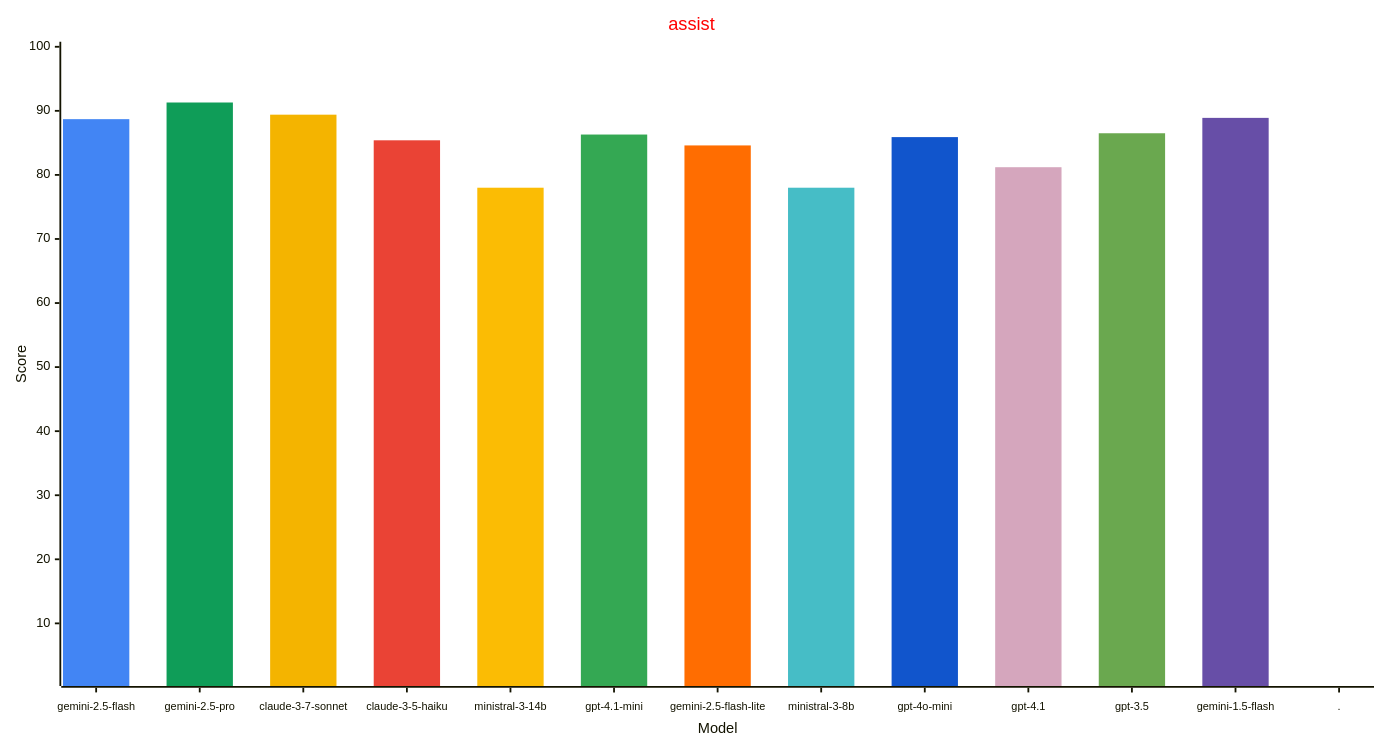
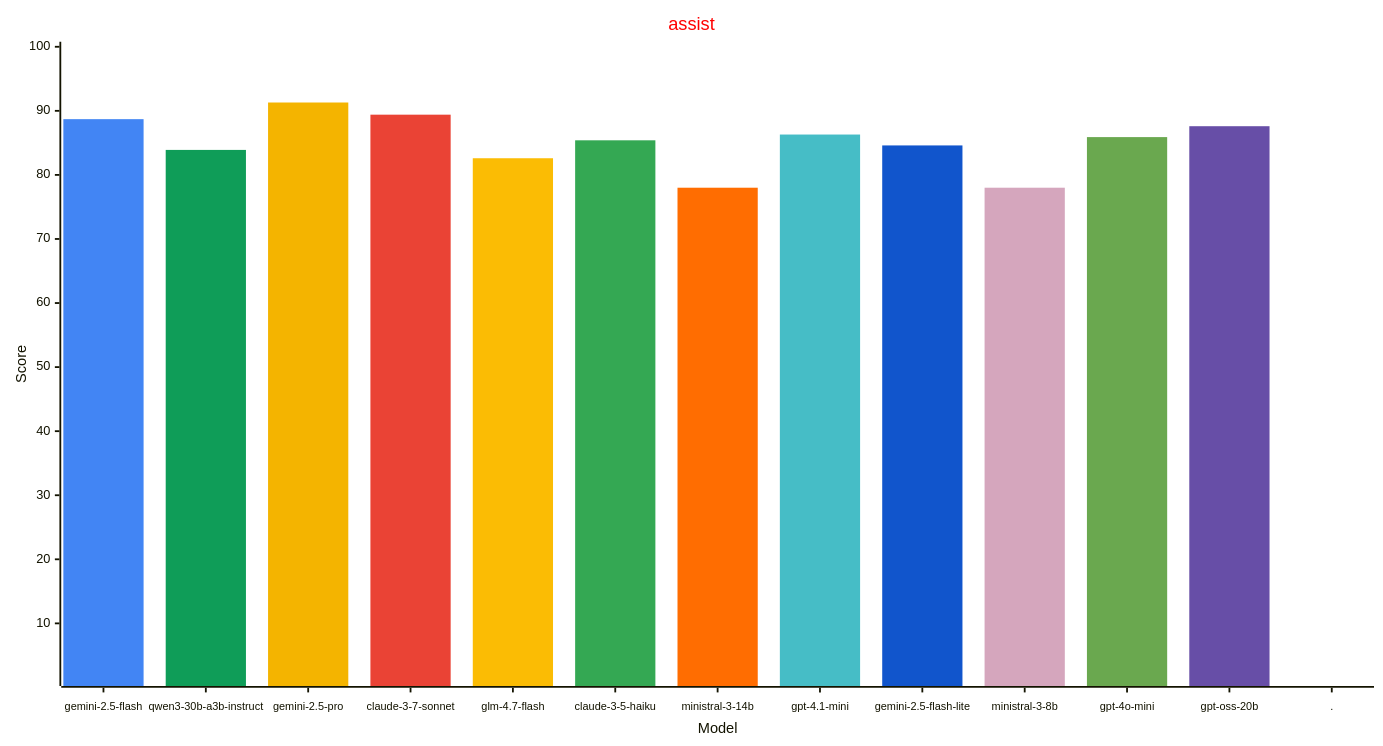
One commit to allenporter/home-assistant-datasets changed the first of 4 diagrams in reports/README.md. Above: the diagram before and after it, drawn with Mermaid. The commit also changed other lines of this file and 8450 other files, not shown here.

````diff
--- a/reports/README.md
+++ b/reports/README.md
@@ -64,34 +54,33 @@
 ```mermaid
 ---
 config:
     xyChart:
         width: 1500
         height: 800
         xAxis:
           labelFontSize: 12
           labelPadding: 8
     themeVariables:
         xyChart:
             titleColor: "#ff0000"
             plotColorPalette: "#4285f4, #0f9d58, #f4b400, #ea4335, #fbbc04, #34a853, #ff6d01, #46bdc6, #1155cc, #d5a6bd, #6aa84f, #674ea7, #4285f4"
 
-
 ---
 xychart-beta
   title "assist"
-  x-axis "Model" [gemini-2.5-flash, gemini-2.5-pro, claude-3-7-sonnet, claude-3-5-haiku, ministral-3-14b, gpt-4.1-mini, gemini-2.5-flash-lite, ministral-3-8b, gpt-4o-mini, gpt-4.1, gpt-3.5, gemini-1.5-flash, .]
+  x-axis "Model" [gemini-2.5-flash, qwen3-30b-a3b-instruct, gemini-2.5-pro, claude-3-7-sonnet, glm-4.7-flash, claude-3-5-haiku, ministral-3-14b, gpt-4.1-mini, gemini-2.5-flash-lite, ministral-3-8b, gpt-4o-mini, gpt-oss-20b, .]
   y-axis "Score" 1 --> 100
   bar [88.7, 0.0, 0.0, 0.0, 0.0, 0.0, 0.0, 0.0, 0.0, 0.0, 0.0, 0.0, 0.0]
-  bar [0.0, 91.3, 0.0, 0.0, 0.0, 0.0, 0.0, 0.0, 0.0, 0.0, 0.0, 0.0, 0.0]
-  bar [0.0, 0.0, 89.4, 0.0, 0.0, 0.0, 0.0, 0.0, 0.0, 0.0, 0.0, 0.0, 0.0]
-  bar [0.0, 0.0, 0.0, 85.4, 0.0, 0.0, 0.0, 0.0, 0.0, 0.0, 0.0, 0.0, 0.0]
-  bar [0.0, 0.0, 0.0, 0.0, 78.0, 0.0, 0.0, 0.0, 0.0, 0.0, 0.0, 0.0, 0.0]
-  bar [0.0, 0.0, 0.0, 0.0, 0.0, 86.3, 0.0, 0.0, 0.0, 0.0, 0.0, 0.0, 0.0]
-  bar [0.0, 0.0, 0.0, 0.0, 0.0, 0.0, 84.6, 0.0, 0.0, 0.0, 0.0, 0.0, 0.0]
-  bar [0.0, 0.0, 0.0, 0.0, 0.0, 0.0, 0.0, 78.0, 0.0, 0.0, 0.0, 0.0, 0.0]
-  bar [0.0, 0.0, 0.0, 0.0, 0.0, 0.0, 0.0, 0.0, 85.9, 0.0, 0.0, 0.0, 0.0]
-  bar [0.0, 0.0, 0.0, 0.0, 0.0, 0.0, 0.0, 0.0, 0.0, 81.2, 0.0, 0.0, 0.0]
-  bar [0.0, 0.0, 0.0, 0.0, 0.0, 0.0, 0.0, 0.0, 0.0, 0.0, 86.5, 0.0, 0.0]
-  bar [0.0, 0.0, 0.0, 0.0, 0.0, 0.0, 0.0, 0.0, 0.0, 0.0, 0.0, 88.9, 0.0]
+  bar [0.0, 83.9, 0.0, 0.0, 0.0, 0.0, 0.0, 0.0, 0.0, 0.0, 0.0, 0.0, 0.0]
+  bar [0.0, 0.0, 91.3, 0.0, 0.0, 0.0, 0.0, 0.0, 0.0, 0.0, 0.0, 0.0, 0.0]
+  bar [0.0, 0.0, 0.0, 89.4, 0.0, 0.0, 0.0, 0.0, 0.0, 0.0, 0.0, 0.0, 0.0]
+  bar [0.0, 0.0, 0.0, 0.0, 82.6, 0.0, 0.0, 0.0, 0.0, 0.0, 0.0, 0.0, 0.0]
+  bar [0.0, 0.0, 0.0, 0.0, 0.0, 85.4, 0.0, 0.0, 0.0, 0.0, 0.0, 0.0, 0.0]
+  bar [0.0, 0.0, 0.0, 0.0, 0.0, 0.0, 78.0, 0.0, 0.0, 0.0, 0.0, 0.0, 0.0]
+  bar [0.0, 0.0, 0.0, 0.0, 0.0, 0.0, 0.0, 86.3, 0.0, 0.0, 0.0, 0.0, 0.0]
+  bar [0.0, 0.0, 0.0, 0.0, 0.0, 0.0, 0.0, 0.0, 84.6, 0.0, 0.0, 0.0, 0.0]
+  bar [0.0, 0.0, 0.0, 0.0, 0.0, 0.0, 0.0, 0.0, 0.0, 78.0, 0.0, 0.0, 0.0]
+  bar [0.0, 0.0, 0.0, 0.0, 0.0, 0.0, 0.0, 0.0, 0.0, 0.0, 85.9, 0.0, 0.0]
+  bar [0.0, 0.0, 0.0, 0.0, 0.0, 0.0, 0.0, 0.0, 0.0, 0.0, 0.0, 87.6, 0.0]
   bar [0.0, 0.0, 0.0, 0.0, 0.0, 0.0, 0.0, 0.0, 0.0, 0.0, 0.0, 0.0, -1.0]
 ```
````
